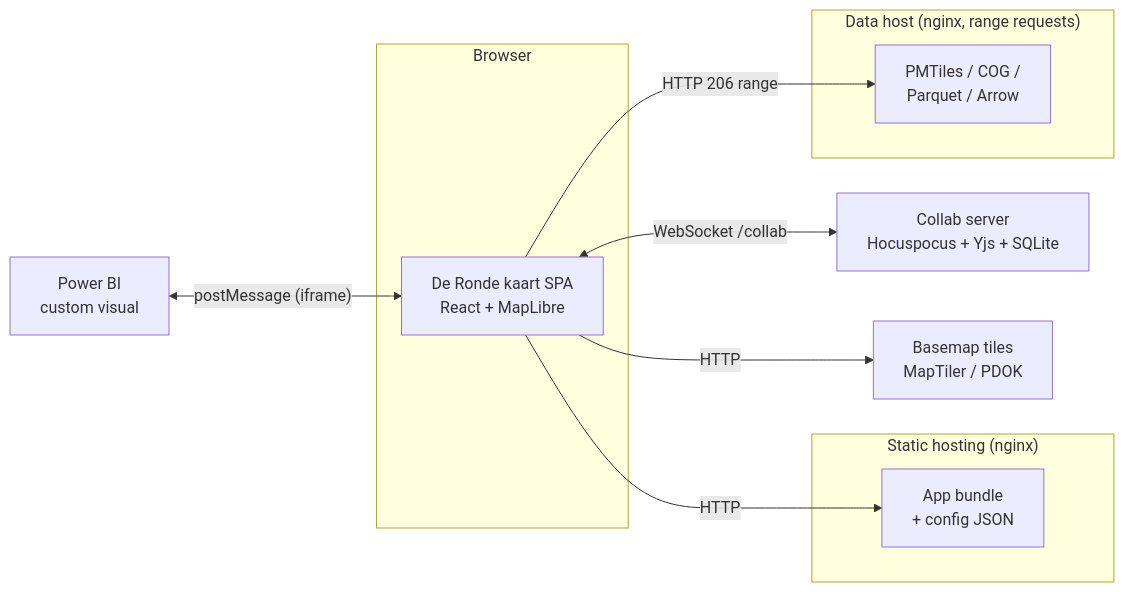
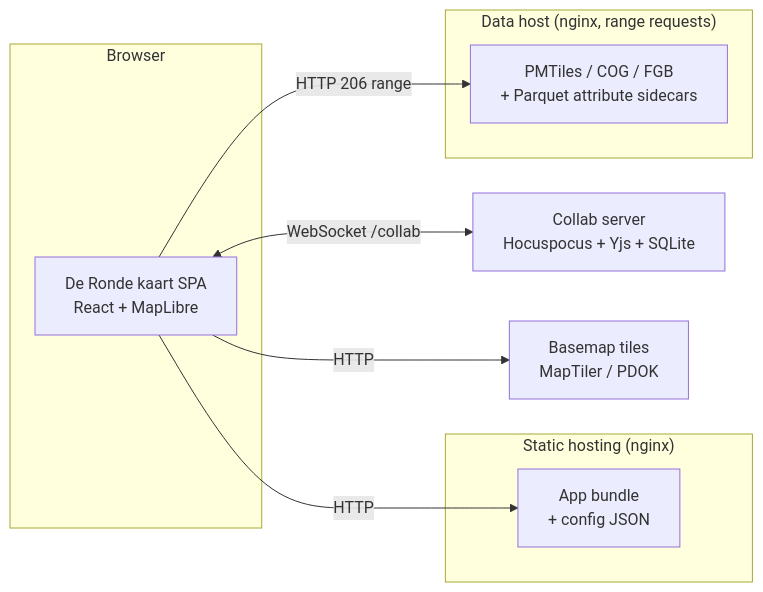
Before and after one commit to ObjectVision/DeRondeKaart: the first of 4 diagrams in docs/system-design.md, drawn with Mermaid. The commit also changed other lines of this file, not shown here.

````diff
--- a/docs/system-design.md
+++ b/docs/system-design.md
@@ -56,24 +58,22 @@
 ```mermaid
 flowchart LR
     subgraph browser["Browser"]
         app["De Ronde kaart SPA<br/>React + MapLibre"]
     end
 
     subgraph static["Static hosting (nginx)"]
         html["App bundle<br/>+ config JSON"]
     end
 
     subgraph datahost["Data host (nginx, range requests)"]
-        tiles["PMTiles / COG /<br/>Parquet / Arrow"]
+        tiles["PMTiles / COG / FGB<br/>+ Parquet attribute sidecars"]
     end
 
     collab["Collab server<br/>Hocuspocus + Yjs + SQLite"]
-    pbi["Power BI<br/>custom visual"]
     basemap["Basemap tiles<br/>MapTiler / PDOK"]
 
     app -->|"HTTP"| html
     app -->|"HTTP 206 range"| tiles
     app <-->|"WebSocket /collab"| collab
-    pbi <-->|"postMessage (iframe)"| app
     app -->|"HTTP"| basemap
 ```
````
